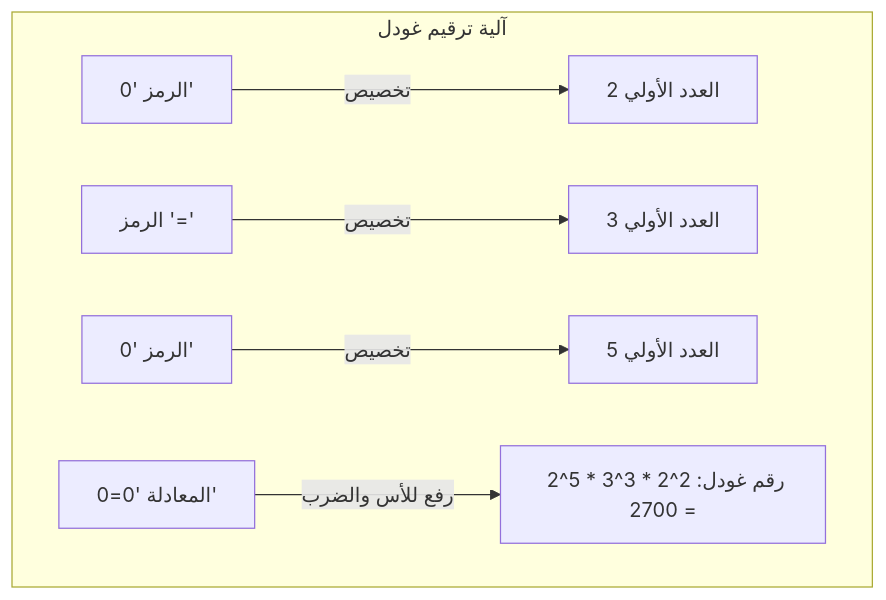
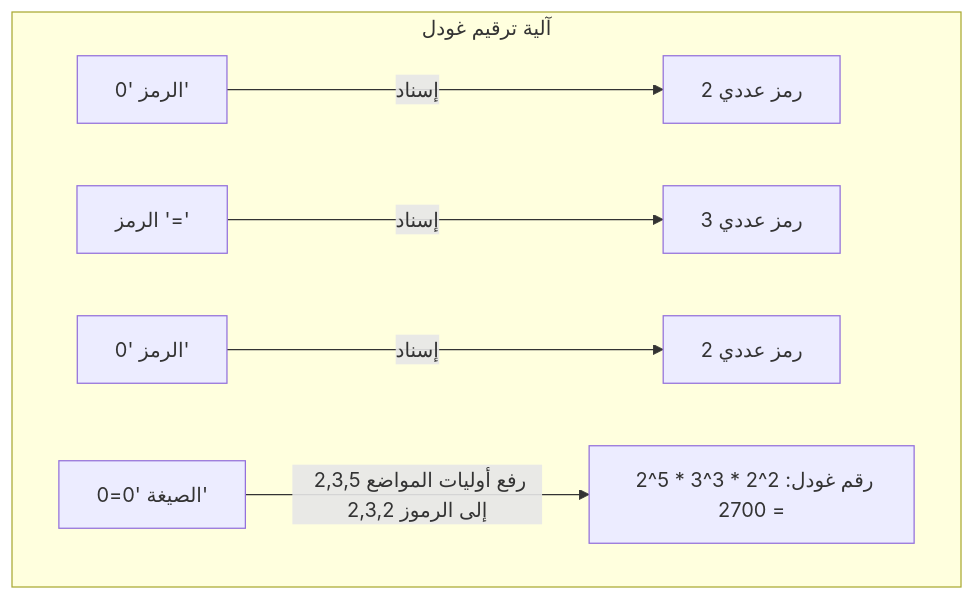
The third of 4 diagrams in content/post/godels-incompleteness-theorems/index.ar.md (kenjinote/blog), drawn with Mermaid before and after one commit. The commit also changed other lines of this file and 15 other files, not shown here.

````diff
--- a/content/post/godels-incompleteness-theorems/index.ar.md
+++ b/content/post/godels-incompleteness-theorems/index.ar.md
@@ -97,9 +93,9 @@
 ```mermaid
 graph TD
     subgraph "آلية ترقيم غودل"
-        S1["الرمز '0'"] -->|"تخصيص"| N1["العدد الأولي 2"]
-        S2["الرمز '='"] -->|"تخصيص"| N2["العدد الأولي 3"]
-        S3["الرمز '0'"] -->|"تخصيص"| N3["العدد الأولي 5"]
-        F["المعادلة '0=0'"] -->|"رفع للأس والضرب"| GN["رقم غودل: 2^2 * 3^3 * 5^2 = 2700"]
+        S1["الرمز '0'"] -->|"إسناد"| N1["رمز عددي 2"]
+        S2["الرمز '='"] -->|"إسناد"| N2["رمز عددي 3"]
+        S3["الرمز '0'"] -->|"إسناد"| N3["رمز عددي 2"]
+        F["الصيغة '0=0'"] -->|"رفع أوليات المواضع 2,3,5 إلى الرموز 2,3,2"| GN["رقم غودل: 2^2 * 3^3 * 5^2 = 2700"]
     end
 ```
````
